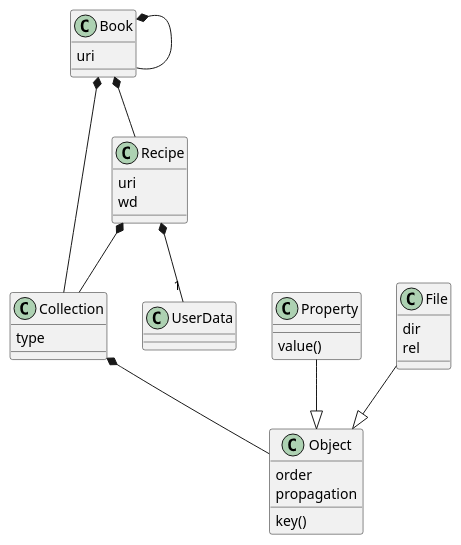
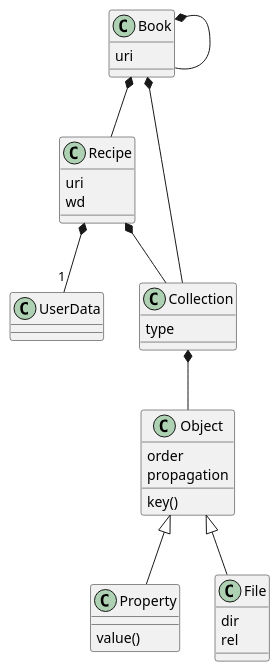
One commit to decode-it/cook changed the diagram in doc/design/src/model/model.puml. Above: the diagram before and after it, drawn with PlantUML.

```diff
--- a/doc/design/src/model/model.puml
+++ b/doc/design/src/model/model.puml
@@ -1,35 +1,37 @@
 @startuml
 class Book
 class Recipe
+class UserData
 class Collection
+
 class Object
 class Property
 class File
-class UserData
+
 
 Book *-- Book
 Book *-- Recipe
 Book *-- Collection
 Book : uri
 
 Recipe *-- Collection
 Recipe *-- "1" UserData
 Recipe : uri
 Recipe : wd
 
 Collection *-- Object
 Collection : type
 
 Object : key()
 Object : order
 Object : propagation
+Object <|-- Property
+Object <|-- File
 
 
-Property --|> Object
 Property : value()
 
-File --|> Object
 File : dir
 File : rel
 
 @enduml
```
